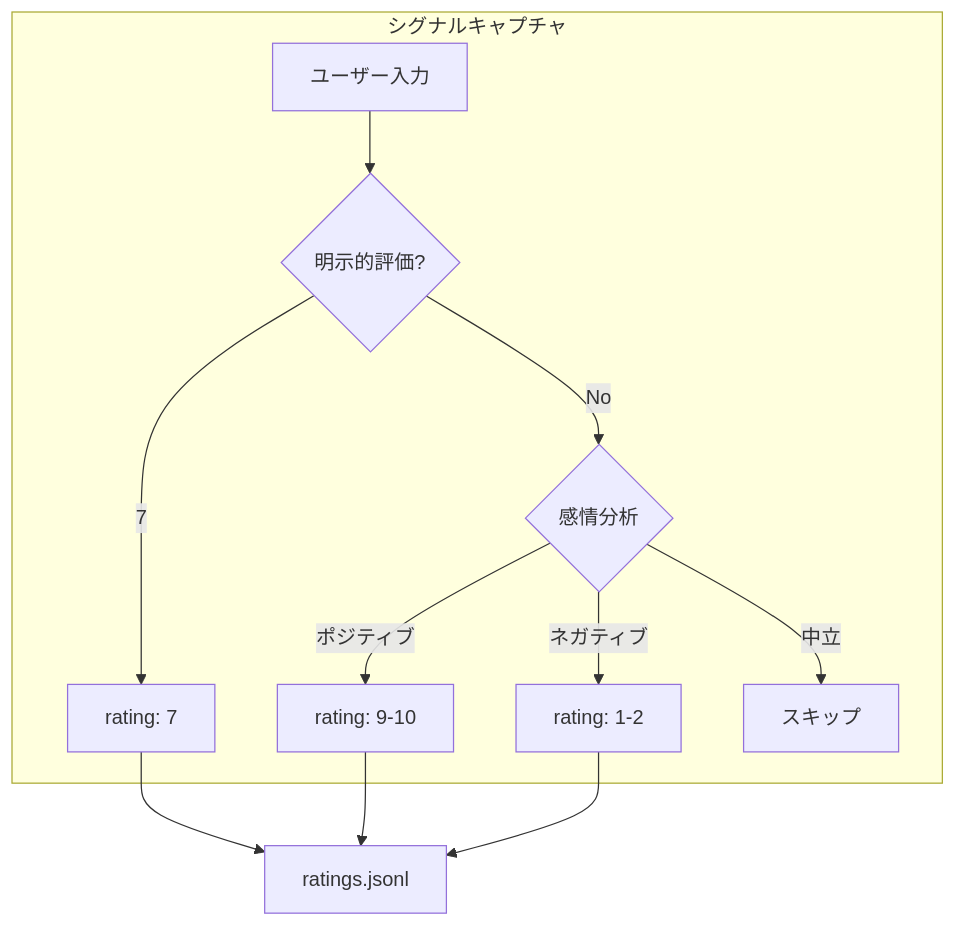
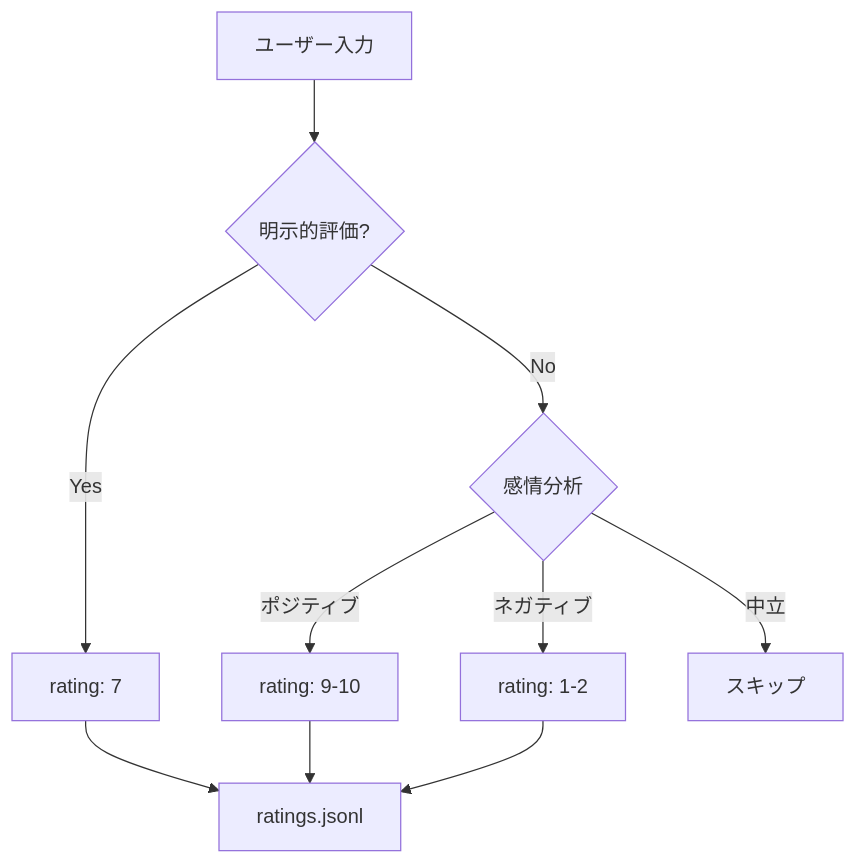
One commit to yasuhito/zenn changed the sixth of 6 diagrams in articles/pai-uocs-output-capture.md. Above: the diagram before and after it, drawn with Mermaid. The commit also changed other lines of this file, not shown here.

Commit message:
Fix: UOCS記事のMermaidエラー修正

````diff
--- a/articles/pai-uocs-output-capture.md
+++ b/articles/pai-uocs-output-capture.md
@@ -225,15 +223,12 @@
 ```mermaid
 graph TD
-    subgraph "シグナルキャプチャ"
-        U[ユーザー入力] --> E{明示的評価?}
-        E -->|"7"| R1[rating: 7]
-        E -->|No| S{感情分析}
-        S -->|ポジティブ| R2[rating: 9-10]
-        S -->|ネガティブ| R3[rating: 1-2]
-        S -->|中立| R4[スキップ]
-    end
-    
+    U[ユーザー入力] --> E{明示的評価?}
+    E -->|Yes| R1[rating: 7]
+    E -->|No| S{感情分析}
+    S -->|ポジティブ| R2[rating: 9-10]
+    S -->|ネガティブ| R3[rating: 1-2]
+    S -->|中立| R4[スキップ]
     R1 --> L[ratings.jsonl]
     R2 --> L
     R3 --> L
 ```
````
